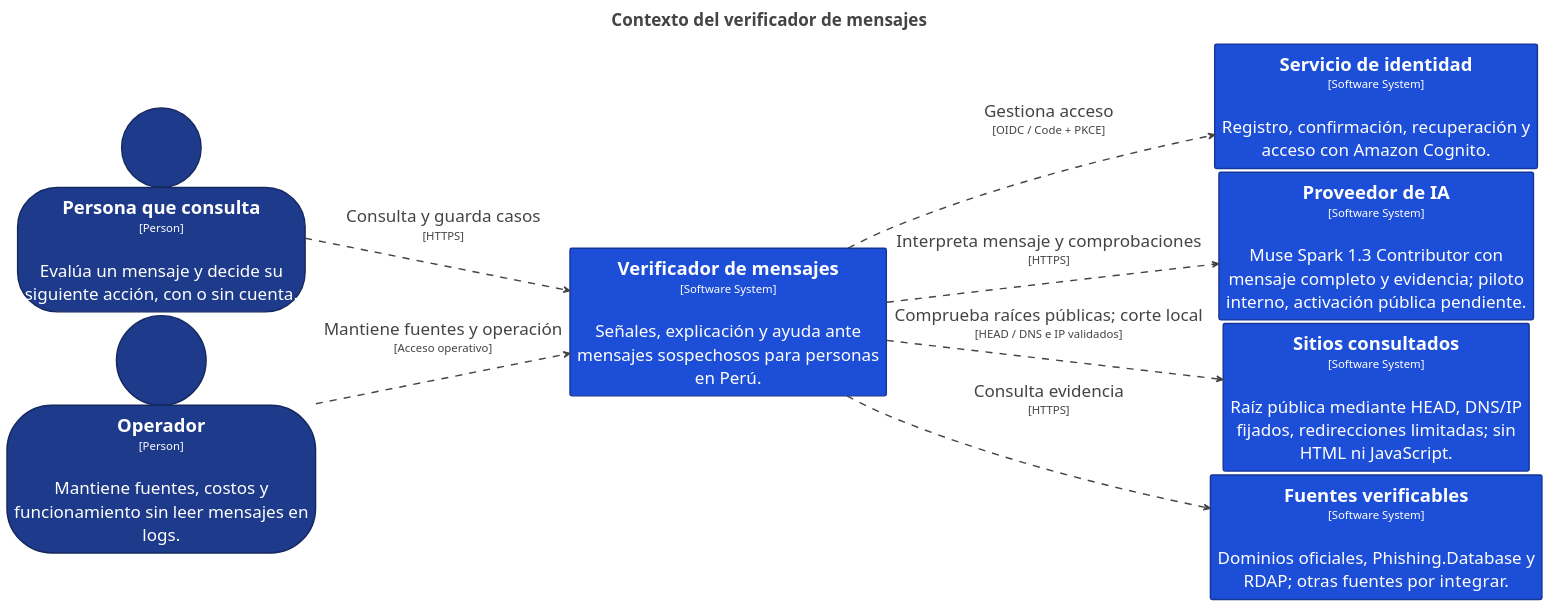
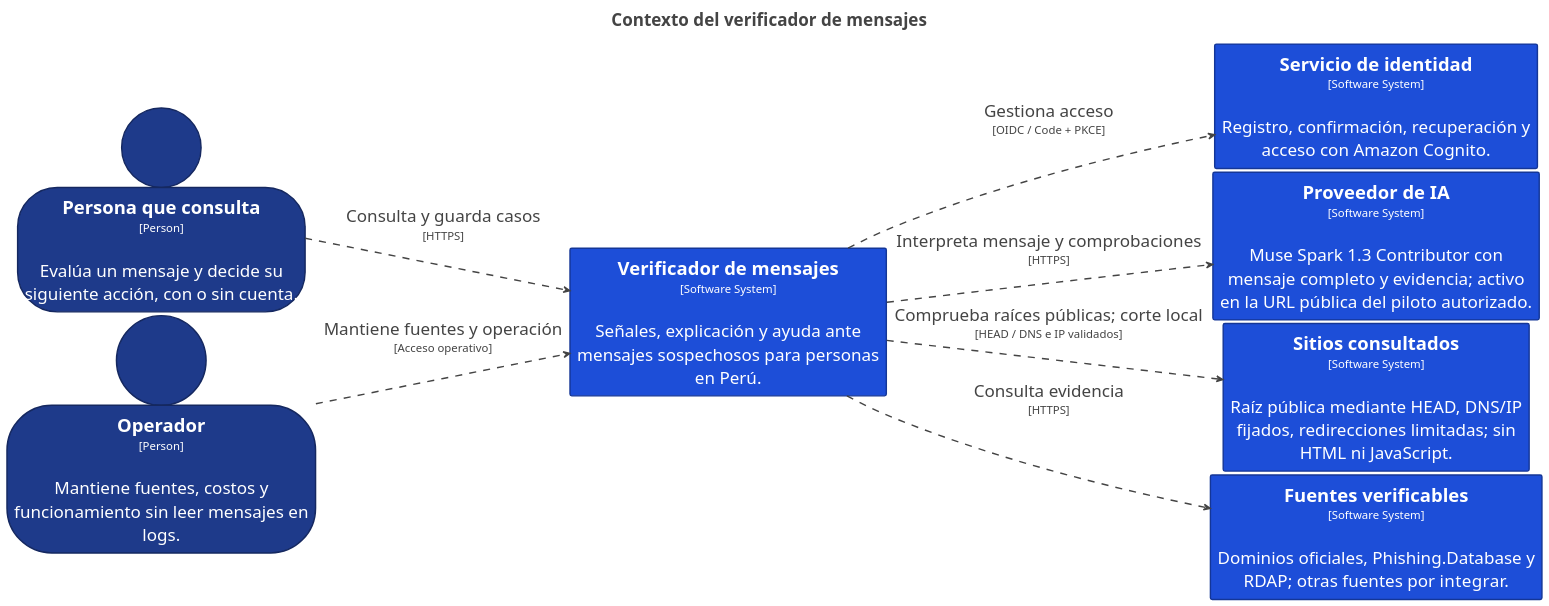
One commit to deep-skill/everyday-trust changed the diagram in docs/diagrams/c4/structurizr-Context.puml. Above: the diagram before and after it, drawn with PlantUML. The commit also changed 15 other files, not shown here.

Commit message:
Document active Muse Spark pilot and local environment shutdown

```diff
--- a/docs/diagrams/c4/structurizr-Context.puml
+++ b/docs/diagrams/c4/structurizr-Context.puml
@@ -1,65 +1,65 @@
 @startuml
 title <size:24>Contexto del verificador de mensajes</size>
 
 set separator none
 left to right direction
 skinparam ranksep 20
 skinparam nodesep 5
 hide stereotype
 
 <style>
   root {
     BackgroundColor: #ffffff;
     FontColor: #444444;
   }
   // Element,Person
   .Element-RWxlbWVudCxQZXJzb24= {
     BackgroundColor: #1e3a8a;
     LineColor: #152860;
     LineStyle: 0;
     LineThickness: 2;
     FontColor: #ffffff;
     FontSize: 24;
     HorizontalAlignment: center;
     Shadowing: 0;
     MaximumWidth: 450;
   }
   // Element,Software System
   .Element-RWxlbWVudCxTb2Z0d2FyZSBTeXN0ZW0= {
     BackgroundColor: #1d4ed8;
     LineColor: #143697;
     LineStyle: 0;
     LineThickness: 2;
     FontColor: #ffffff;
     FontSize: 24;
     HorizontalAlignment: center;
     Shadowing: 0;
     MaximumWidth: 450;
   }
   // Relationship
   .Relationship-UmVsYXRpb25zaGlw {
     LineThickness: 2;
     LineStyle: 10-10;
     LineColor: #444444;
     FontColor: #444444;
     FontSize: 24;
     MaximumWidth: 200;
   }
 </style>
 
 person "==Persona que consulta\n<size:16>[Person]</size>\n\nEvalúa un mensaje y decide su siguiente acción, con o sin cuenta." <<Element-RWxlbWVudCxQZXJzb24=>> as Personaqueconsulta
 person "==Operador\n<size:16>[Person]</size>\n\nMantiene fuentes, costos y funcionamiento sin leer mensajes en logs." <<Element-RWxlbWVudCxQZXJzb24=>> as Operador
 rectangle "==Servicio de identidad\n<size:16>[Software System]</size>\n\nRegistro, confirmación, recuperación y acceso con Amazon Cognito." <<Element-RWxlbWVudCxTb2Z0d2FyZSBTeXN0ZW0=>> as Serviciodeidentidad
-rectangle "==Proveedor de IA\n<size:16>[Software System]</size>\n\nMuse Spark 1.3 Contributor con mensaje completo y evidencia; piloto interno, activación pública pendiente." <<Element-RWxlbWVudCxTb2Z0d2FyZSBTeXN0ZW0=>> as ProveedordeIA
+rectangle "==Proveedor de IA\n<size:16>[Software System]</size>\n\nMuse Spark 1.3 Contributor con mensaje completo y evidencia; activo en la URL pública del piloto autorizado." <<Element-RWxlbWVudCxTb2Z0d2FyZSBTeXN0ZW0=>> as ProveedordeIA
 rectangle "==Sitios consultados\n<size:16>[Software System]</size>\n\nRaíz pública mediante HEAD, DNS/IP fijados, redirecciones limitadas; sin HTML ni JavaScript." <<Element-RWxlbWVudCxTb2Z0d2FyZSBTeXN0ZW0=>> as Sitiosconsultados
 rectangle "==Fuentes verificables\n<size:16>[Software System]</size>\n\nDominios oficiales, Phishing.Database y RDAP; otras fuentes por integrar." <<Element-RWxlbWVudCxTb2Z0d2FyZSBTeXN0ZW0=>> as Fuentesverificables
 rectangle "==Verificador de mensajes\n<size:16>[Software System]</size>\n\nSeñales, explicación y ayuda ante mensajes sospechosos para personas en Perú." <<Element-RWxlbWVudCxTb2Z0d2FyZSBTeXN0ZW0=>> as Verificadordemensajes
 
 Personaqueconsulta --> Verificadordemensajes <<Relationship-UmVsYXRpb25zaGlw>> : "Consulta y guarda casos\n<size:16>[HTTPS]</size>"
 Operador --> Verificadordemensajes <<Relationship-UmVsYXRpb25zaGlw>> : "Mantiene fuentes y operación\n<size:16>[Acceso operativo]</size>"
 Verificadordemensajes --> Serviciodeidentidad <<Relationship-UmVsYXRpb25zaGlw>> : "Gestiona acceso\n<size:16>[OIDC / Code + PKCE]</size>"
 Verificadordemensajes --> ProveedordeIA <<Relationship-UmVsYXRpb25zaGlw>> : "Interpreta mensaje y comprobaciones\n<size:16>[HTTPS]</size>"
 Verificadordemensajes --> Fuentesverificables <<Relationship-UmVsYXRpb25zaGlw>> : "Consulta evidencia\n<size:16>[HTTPS]</size>"
 Verificadordemensajes --> Sitiosconsultados <<Relationship-UmVsYXRpb25zaGlw>> : "Comprueba raíces públicas; corte local\n<size:16>[HEAD / DNS e IP validados]</size>"
 
 @enduml
```
